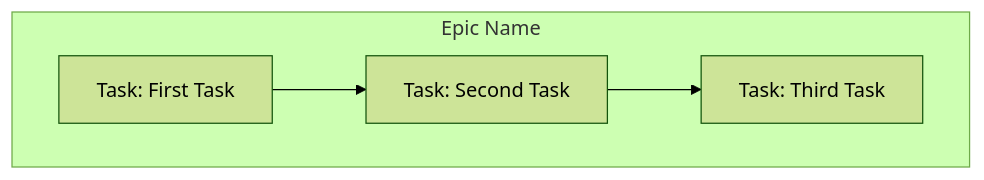
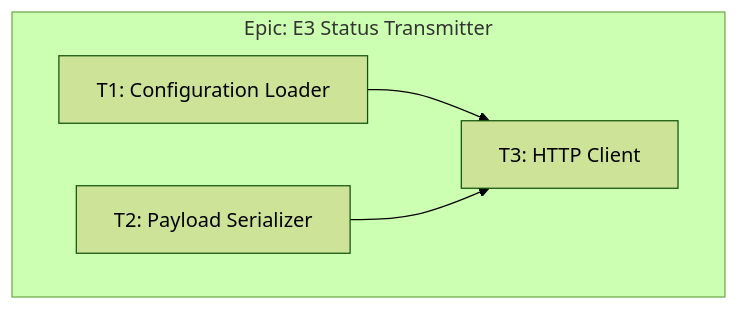
One commit to livelifelively/documentation-driven-development-tools changed the second of 6 diagrams in docs/m1-analyzer/m1-e3-transmitter/m1-e3-transmitter.epic.md. Above: the diagram before and after it, drawn with Mermaid (forest theme). The commit also changed other lines of this file and 1 other file, not shown here.

````diff
--- a/docs/m1-analyzer/m1-e3-transmitter/m1-e3-transmitter.epic.md
+++ b/docs/m1-analyzer/m1-e3-transmitter/m1-e3-transmitter.epic.md
@@ -84,10 +109,10 @@
 ```mermaid
 graph TD
-    subgraph Epic: [Epic Name]
-        T1["Task: First Task"]
-        T2["Task: Second Task"]
-        T3["Task: Third Task"]
+    subgraph Epic: E3 Status Transmitter
+        T1["T1: Configuration Loader"]
+        T2["T2: Payload Serializer"]
+        T3["T3: HTTP Client"]
     end
-    T1 --> T2
+    T1 --> T3
     T2 --> T3
 ```
````
